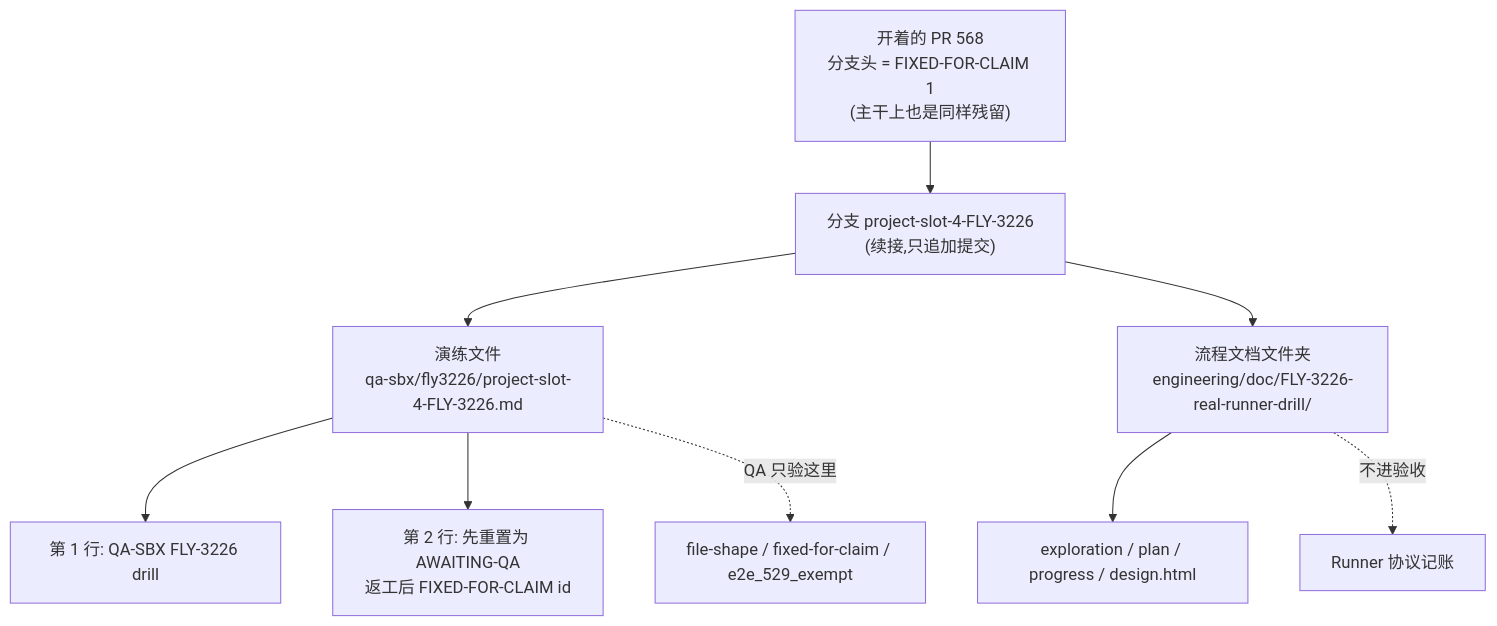
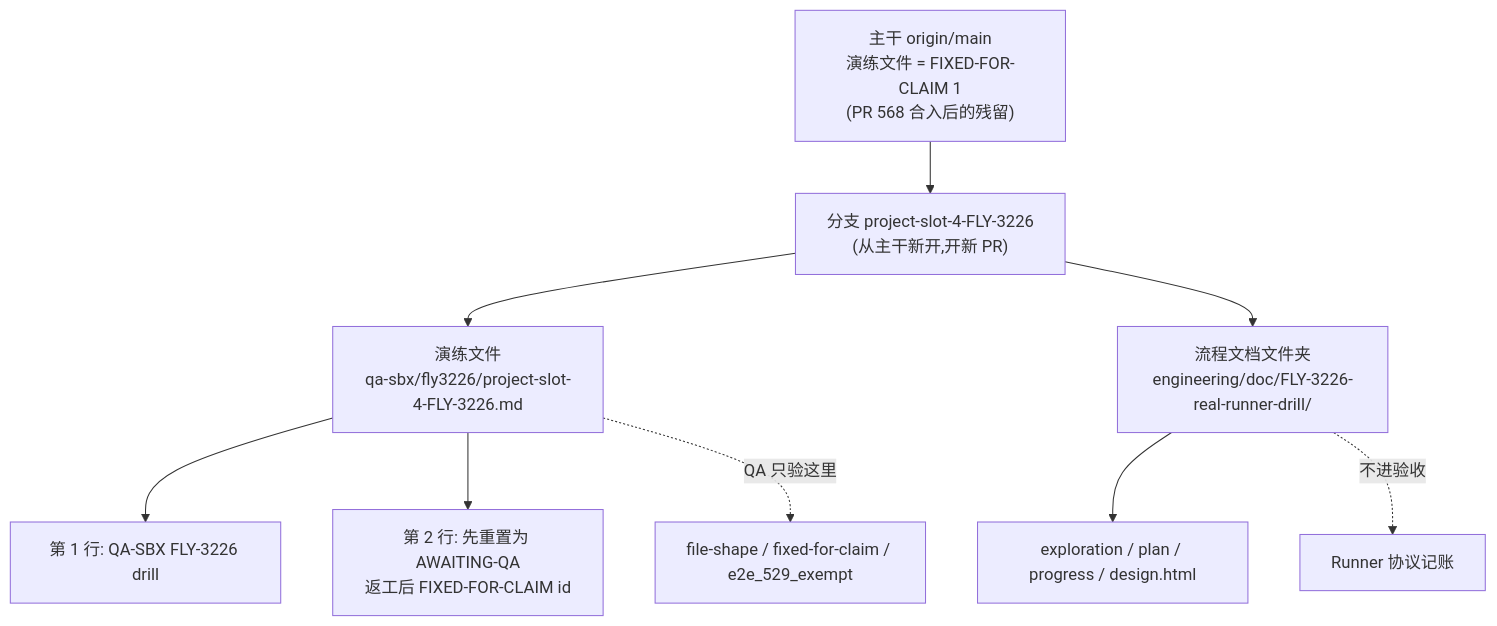
Before and after one commit to xrliAnnie/flywheel-qa-sandbox: the diagram in engineering/doc/FLY-3226-real-runner-drill/d2-data-model.mmd, drawn with Mermaid. The commit also changed 7 other files, not shown here.

```diff
--- a/engineering/doc/FLY-3226-real-runner-drill/d2-data-model.mmd
+++ b/engineering/doc/FLY-3226-real-runner-drill/d2-data-model.mmd
@@ -1,9 +1,9 @@
 flowchart TD
-    M["开着的 PR 568<br/>分支头 = FIXED-FOR-CLAIM 1<br/>(主干上也是同样残留)"] --> B["分支 project-slot-4-FLY-3226<br/>(续接,只追加提交)"]
+    M["主干 origin/main<br/>演练文件 = FIXED-FOR-CLAIM 1<br/>(PR 568 合入后的残留)"] --> B["分支 project-slot-4-FLY-3226<br/>(从主干新开,开新 PR)"]
     B --> T["演练文件<br/>qa-sbx/fly3226/project-slot-4-FLY-3226.md"]
     B --> P["流程文档文件夹<br/>engineering/doc/FLY-3226-real-runner-drill/"]
     T --> L1["第 1 行: QA-SBX FLY-3226 drill"]
     T --> L2["第 2 行: 先重置为 AWAITING-QA<br/>返工后 FIXED-FOR-CLAIM id"]
     P --> X["exploration / plan / progress / design.html"]
     T -. "QA 只验这里" .-> C["file-shape / fixed-for-claim / e2e_529_exempt"]
     P -. "不进验收" .-> N["Runner 协议记账"]
```
